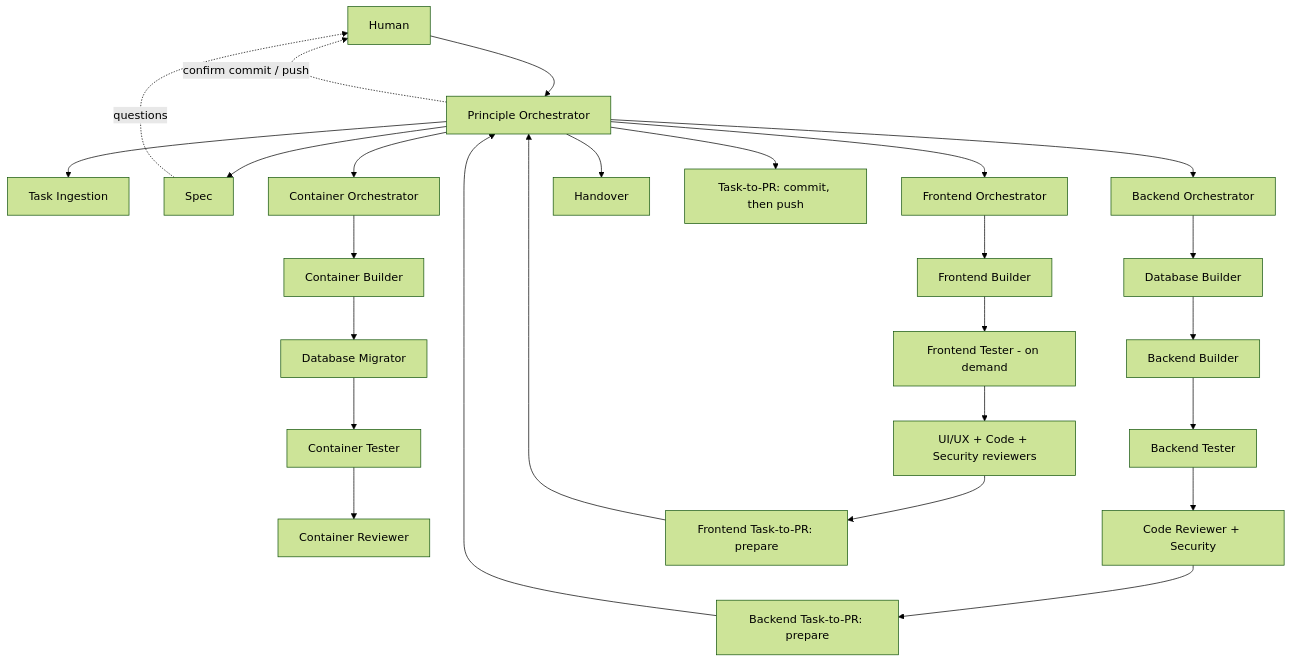
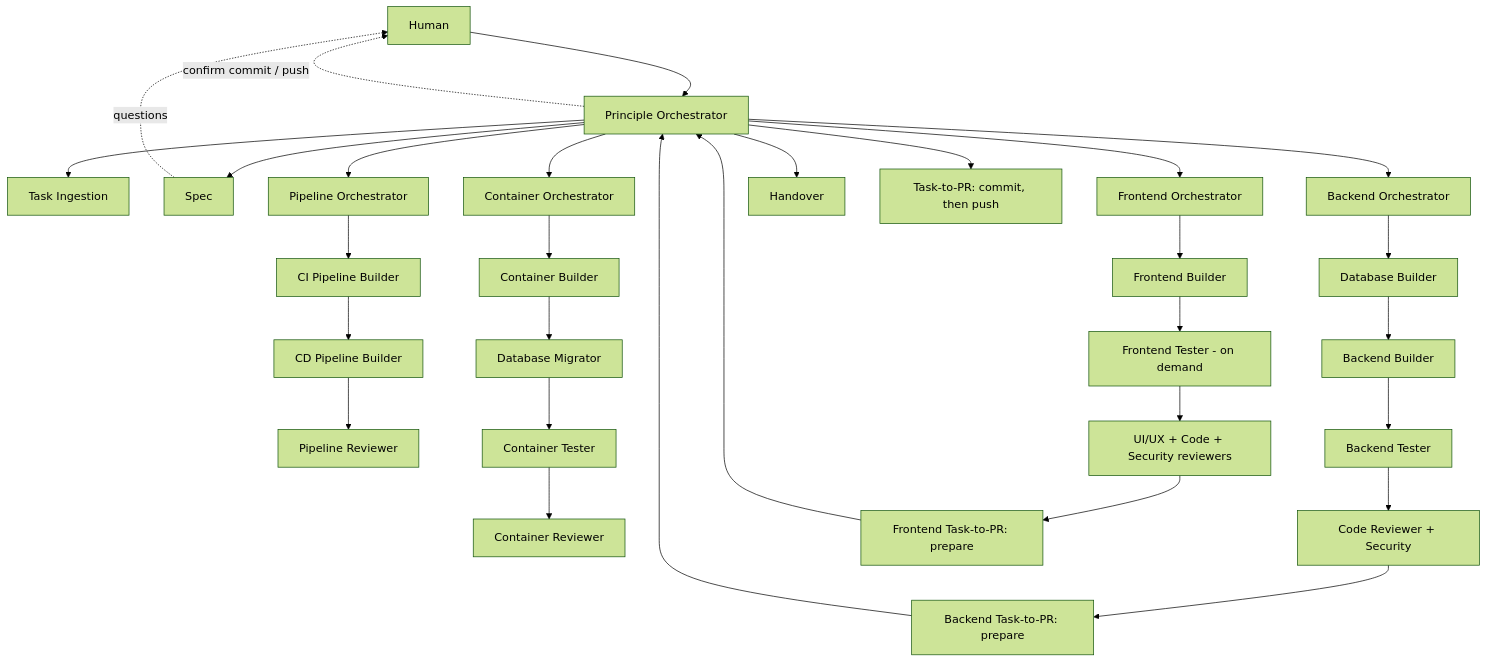
The diagram in docs/workflow.md (NorbertVincze04/full-stack-ai-agents), drawn with Mermaid (forest theme) before and after one commit. The commit also changed other lines of this file and 13 other files, not shown here.

````diff
--- a/docs/workflow.md
+++ b/docs/workflow.md
@@ -5,19 +5,21 @@
 ```mermaid
 flowchart TD
   H[Human] --> PO[Principle Orchestrator]
   PO --> TI[Task Ingestion]
   PO --> SP[Spec]
   SP -. questions .-> H
   PO --> FO[Frontend Orchestrator]
   PO --> BO[Backend Orchestrator]
   PO --> CO[Container Orchestrator]
+  PO --> PL[Pipeline Orchestrator]
+  PL --> CI[CI Pipeline Builder] --> CD[CD Pipeline Builder] --> PLR[Pipeline Reviewer]
   CO --> CB[Container Builder] --> DM[Database Migrator] --> CT[Container Tester] --> CR[Container Reviewer]
   FO --> FB[Frontend Builder] --> FT[Frontend Tester - on demand] --> FR[UI/UX + Code + Security reviewers]
   BO --> DB[Database Builder] --> BB[Backend Builder] --> BT[Backend Tester] --> BR[Code Reviewer + Security]
   PO --> HO[Handover]
   FR --> PR1[Frontend Task-to-PR: prepare]
   BR --> PR2[Backend Task-to-PR: prepare]
   PR1 & PR2 --> PO
   PO -. confirm commit / push .-> H
   PO --> PRC[Task-to-PR: commit, then push]
 ```
````
